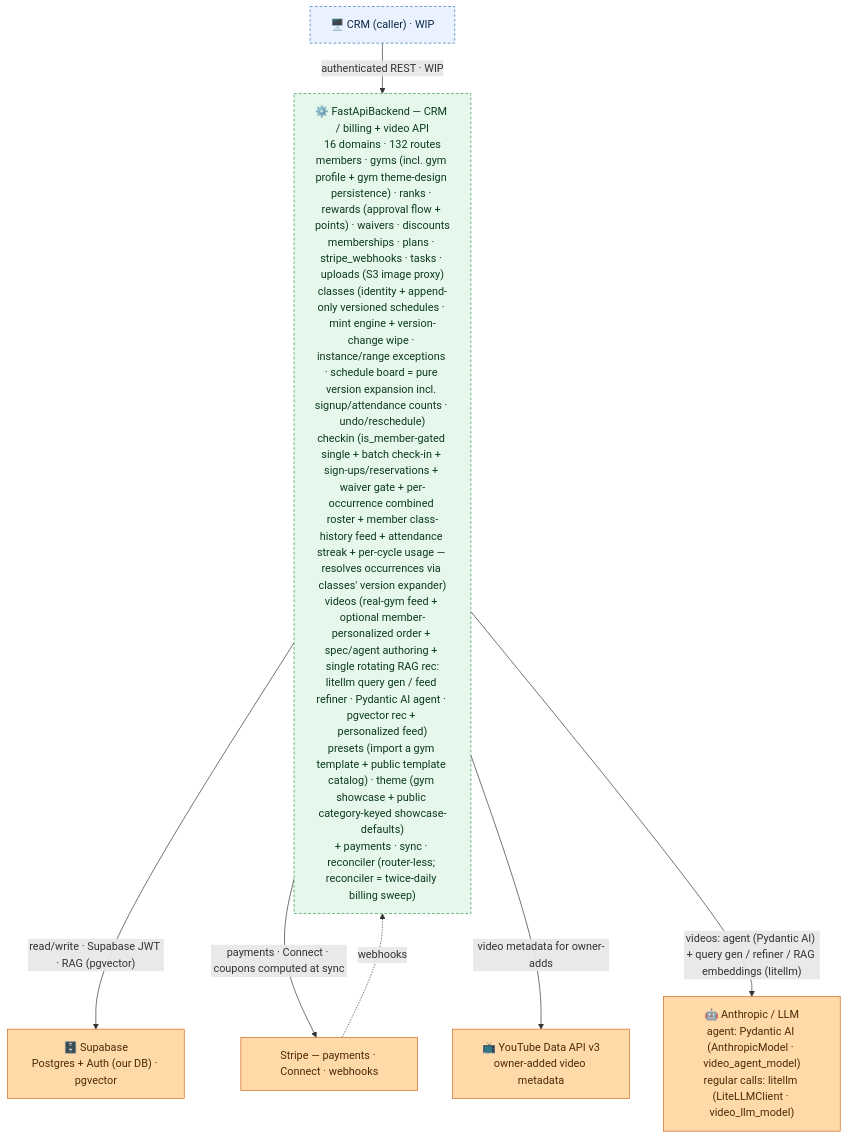
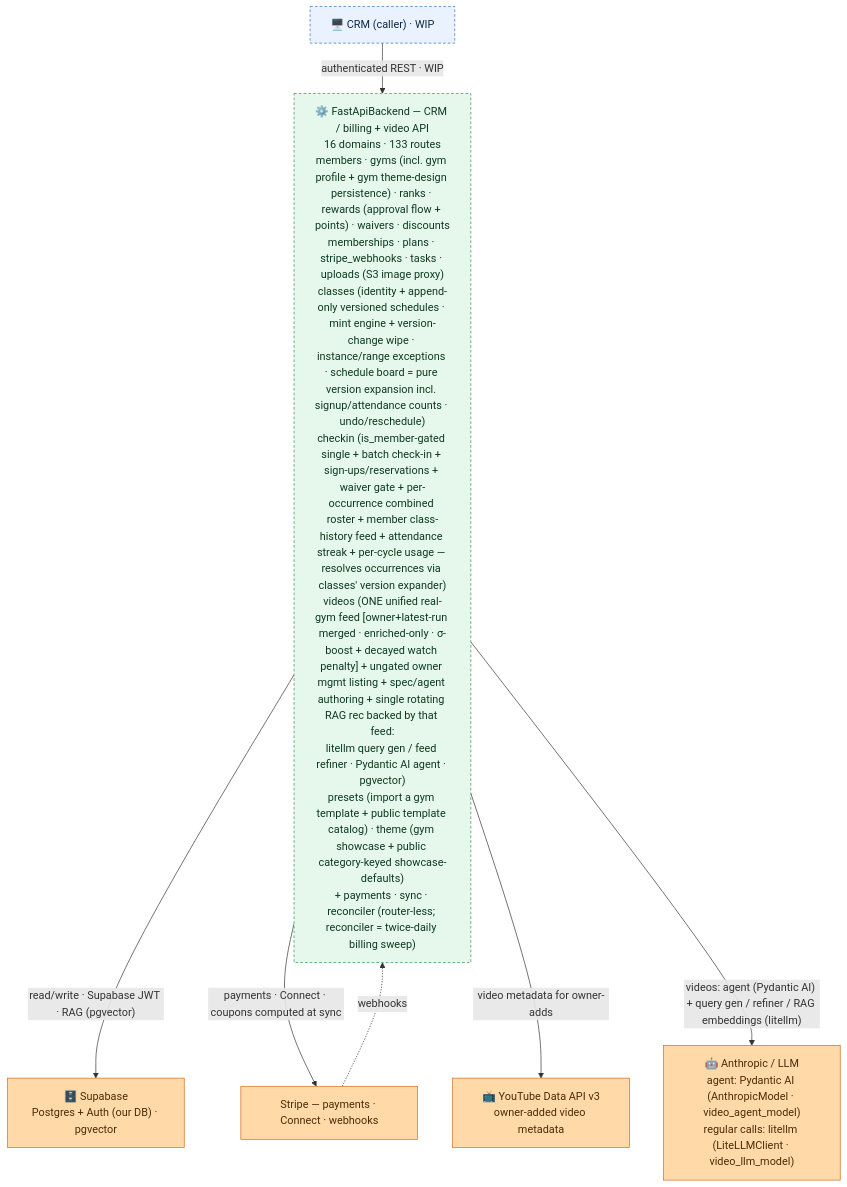
The diagram in FastApiBackend/README.md (jesse51002/CombatDen), drawn with Mermaid before and after one commit. The commit also changed other lines of this file and 20 other files, not shown here.

First line of the commit message:
FastApiBackend: unified enriched-gated feed + rec + ungated owner listing

````diff
--- a/FastApiBackend/README.md
+++ b/FastApiBackend/README.md
@@ -16,23 +16,23 @@
 ```mermaid
 flowchart TB
   CRM["🖥️ CRM (caller) · WIP"]
-  FB["⚙️ FastApiBackend — CRM / billing + video API<br/>16 domains · 132 routes<br/>members · gyms (incl. gym profile + gym theme-design persistence) · ranks · rewards (approval flow + points) · waivers · discounts<br/>memberships · plans · stripe_webhooks · tasks · uploads (S3 image proxy)<br/>classes (identity + append-only versioned schedules · mint engine + version-change wipe · instance/range exceptions · schedule board = pure version expansion incl. signup/attendance counts · undo/reschedule)<br/>checkin (is_member-gated single + batch check-in + sign-ups/reservations + waiver gate + per-occurrence combined roster + member class-history feed + attendance streak + per-cycle usage — resolves occurrences via classes' version expander)<br/>videos (real-gym feed + optional member-personalized order + spec/agent authoring + single rotating RAG rec:<br/>litellm query gen / feed refiner · Pydantic AI agent · pgvector rec + personalized feed)<br/>presets (import a gym template + public template catalog) · theme (gym showcase + public category-keyed showcase-defaults)<br/>+ payments · sync · reconciler (router-less; reconciler = twice-daily billing sweep)"]
+  FB["⚙️ FastApiBackend — CRM / billing + video API<br/>16 domains · 133 routes<br/>members · gyms (incl. gym profile + gym theme-design persistence) · ranks · rewards (approval flow + points) · waivers · discounts<br/>memberships · plans · stripe_webhooks · tasks · uploads (S3 image proxy)<br/>classes (identity + append-only versioned schedules · mint engine + version-change wipe · instance/range exceptions · schedule board = pure version expansion incl. signup/attendance counts · undo/reschedule)<br/>checkin (is_member-gated single + batch check-in + sign-ups/reservations + waiver gate + per-occurrence combined roster + member class-history feed + attendance streak + per-cycle usage — resolves occurrences via classes' version expander)<br/>videos (ONE unified real-gym feed [owner+latest-run merged · enriched-only · σ-boost + decayed watch penalty] + ungated owner mgmt listing + spec/agent authoring + single rotating RAG rec backed by that feed:<br/>litellm query gen / feed refiner · Pydantic AI agent · pgvector)<br/>presets (import a gym template + public template catalog) · theme (gym showcase + public category-keyed showcase-defaults)<br/>+ payments · sync · reconciler (router-less; reconciler = twice-daily billing sweep)"]
   Supabase["🗄️ Supabase<br/>Postgres + Auth (our DB) · pgvector"]
   Stripe["Stripe — payments · Connect · webhooks"]
   YouTube["📺 YouTube Data API v3<br/>owner-added video metadata"]
   LLMProvider["🤖 Anthropic / LLM<br/>agent: Pydantic AI (AnthropicModel · video_agent_model)<br/>regular calls: litellm (LiteLLMClient · video_llm_model)"]
   CRM -->|"authenticated REST · WIP"| FB
   FB -->|"read/write · Supabase JWT · RAG (pgvector)"| Supabase
   FB -->|"payments · Connect · coupons computed at sync"| Stripe
   Stripe -.->|"webhooks"| FB
   FB -->|"video metadata for owner-adds"| YouTube
   FB -->|"videos: agent (Pydantic AI) + query gen / refiner / RAG embeddings (litellm)"| LLMProvider
   classDef client fill:#eaf2ff,stroke:#2f6fb0,color:#0b2942;
   classDef svc fill:#e6f7ec,stroke:#2f8f53,color:#0c3a1f;
   classDef ext fill:#ffd9a8,stroke:#d2691e,color:#4a2c08;
   class CRM client;
   class FB svc;
   class Supabase,Stripe,YouTube,LLMProvider ext;
   style CRM stroke-dasharray:4 3;
   style FB stroke-dasharray:4 3;
 ```
````
